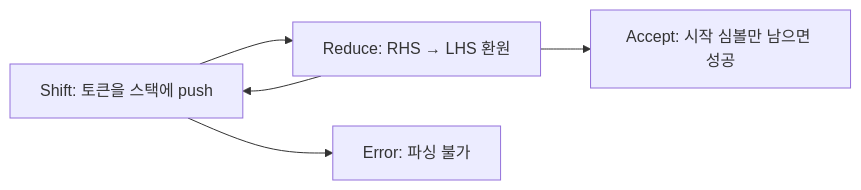
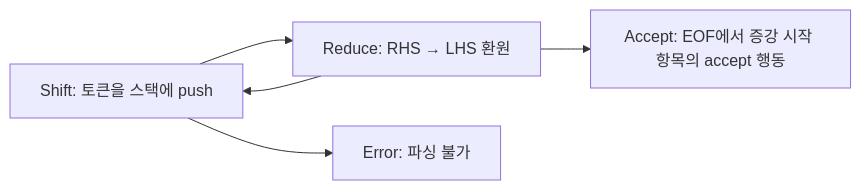
One commit to choisimo/document changed the second of 9 diagrams in content/docs/compiler/parsing/bottom-up.md. Above: the diagram before and after it, drawn with Mermaid. The commit also changed other lines of this file and 504 other files, not shown here.

````diff
--- a/content/docs/compiler/parsing/bottom-up.md
+++ b/content/docs/compiler/parsing/bottom-up.md
@@ -22,16 +29,16 @@
 ```mermaid
 flowchart LR
   SHIFT[Shift: 토큰을 스택에 push]
   REDUCE[Reduce: RHS → LHS 환원]
-  ACCEPT[Accept: 시작 심볼만 남으면 성공]
+  ACCEPT[Accept: EOF에서 증강 시작 항목의 accept 행동]
   ERROR[Error: 파싱 불가]
 
   SHIFT --> REDUCE
   REDUCE --> SHIFT
   REDUCE --> ACCEPT
   SHIFT --> ERROR
   classDef shift fill:#9f9,stroke:#393
   classDef reduce fill:#ffeb99,stroke:#c90
   classDef accept fill:#cfc,stroke:#393
   classDef error fill:#f99,stroke:#900
 ```
````
